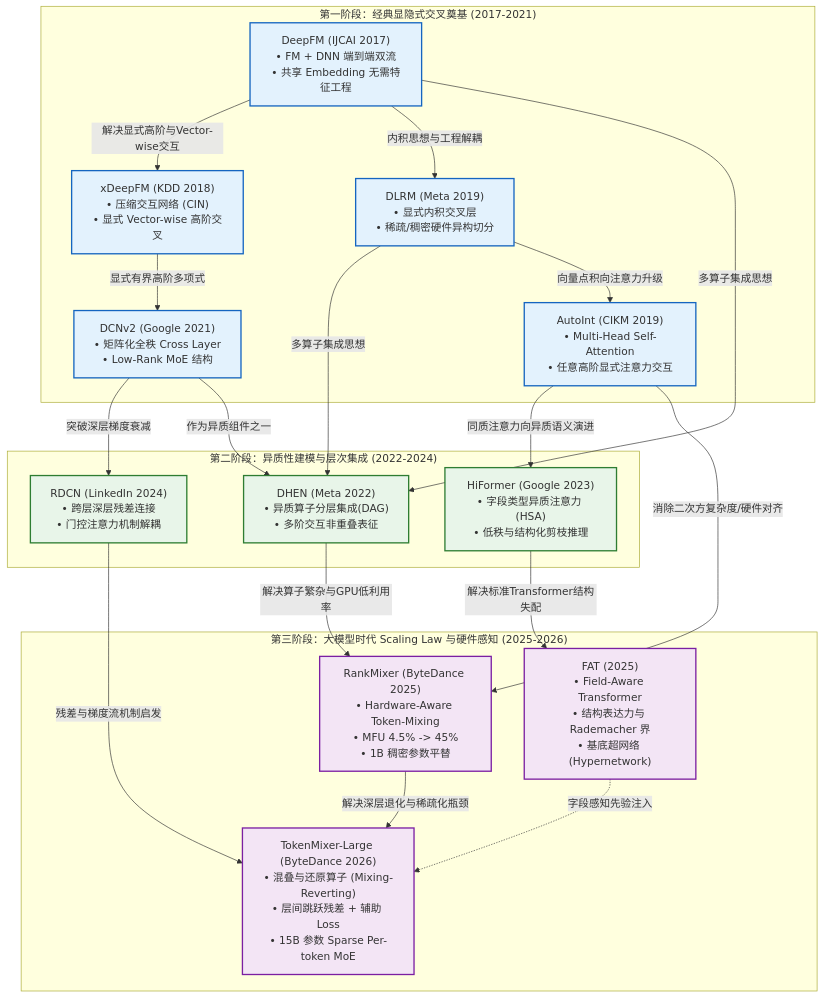
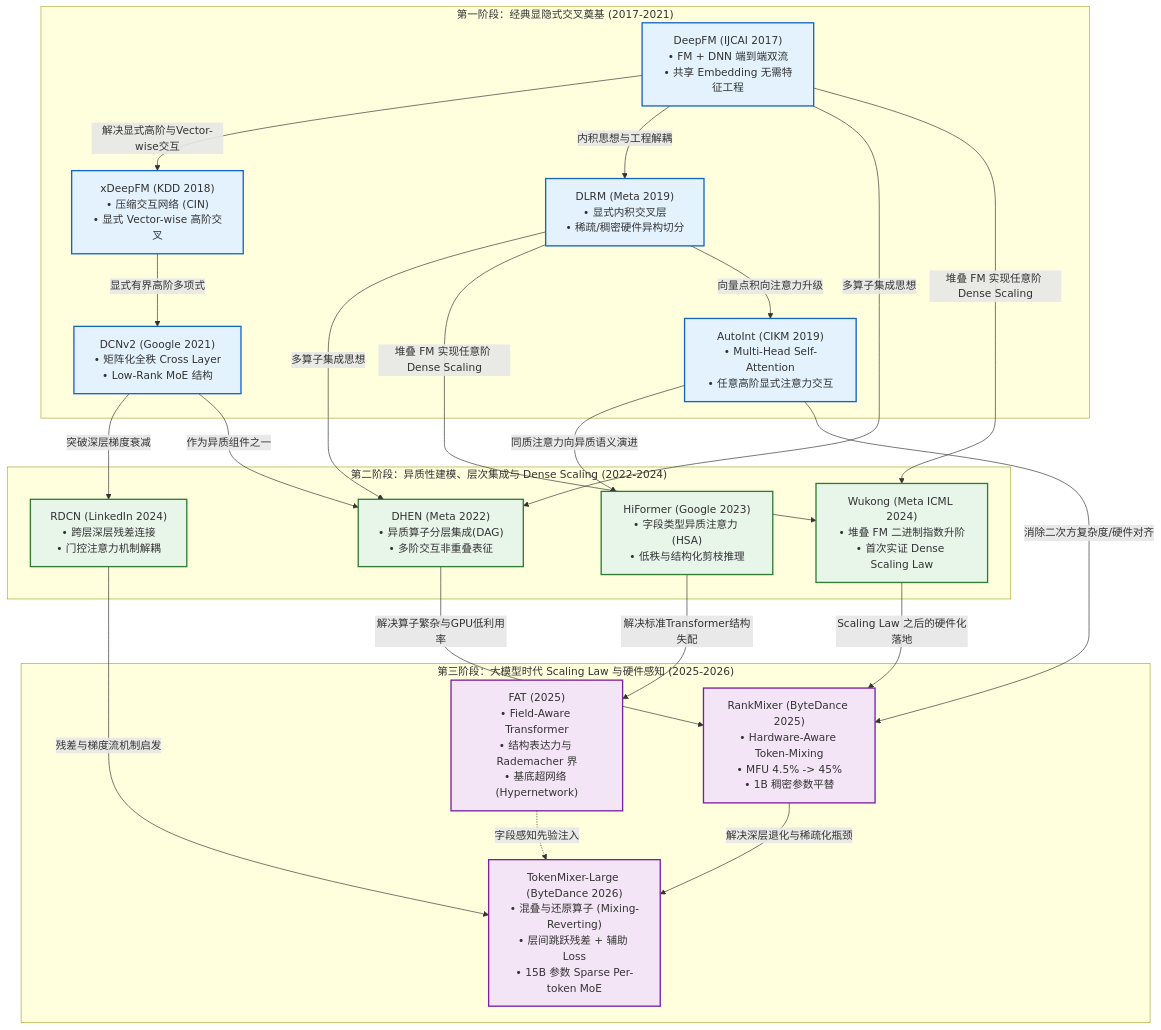
Before and after one commit to AnthonyChouGit/recsys: the first of 14 diagrams in deep_ranking_models_evolution.md, drawn with Mermaid. The commit also changed other lines of this file, not shown here.

Commit message:
docs: update deep ranking models evolution documentation to include Wukong and adjust model comparison sections

````diff
--- a/deep_ranking_models_evolution.md
+++ b/deep_ranking_models_evolution.md
@@ -65,49 +68,52 @@
 ```mermaid
 flowchart TB
     %% 节点定义
     subgraph Era1["第一阶段：经典显隐式交叉奠基 (2017-2021)"]
         DeepFM["DeepFM (IJCAI 2017)<br/>• FM + DNN 端到端双流<br/>• 共享 Embedding 无需特征工程"]
         xDeepFM["xDeepFM (KDD 2018)<br/>• 压缩交互网络 (CIN)<br/>• 显式 Vector-wise 高阶交叉"]
         DLRM["DLRM (Meta 2019)<br/>• 显式内积交叉层<br/>• 稀疏/稠密硬件异构切分"]
         AutoInt["AutoInt (CIKM 2019)<br/>• Multi-Head Self-Attention<br/>• 任意高阶显式注意力交互"]
         DCNv2["DCNv2 (Google 2021)<br/>• 矩阵化全秩 Cross Layer<br/>• Low-Rank MoE 结构"]
     end
 
-    subgraph Era2["第二阶段：异质性建模与层次集成 (2022-2024)"]
+    subgraph Era2["第二阶段：异质性建模、层次集成与 Dense Scaling (2022-2024)"]
         DHEN["DHEN (Meta 2022)<br/>• 异质算子分层集成(DAG)<br/>• 多阶交互非重叠表征"]
         HiFormer["HiFormer (Google 2023)<br/>• 字段类型异质注意力 (HSA)<br/>• 低秩与结构化剪枝推理"]
         RDCN["RDCN (LinkedIn 2024)<br/>• 跨层深层残差连接<br/>• 门控注意力机制解耦"]
+        Wukong["Wukong (Meta ICML 2024)<br/>• 堆叠 FM 二进制指数升阶<br/>• 首次实证 Dense Scaling Law"]
     end
 
     subgraph Era3["第三阶段：大模型时代 Scaling Law 与硬件感知 (2025-2026)"]
         RankMixer["RankMixer (ByteDance 2025)<br/>• Hardware-Aware Token-Mixing<br/>• MFU 4.5% -> 45%<br/>• 1B 稠密参数平替"]
         FAT["FAT (2025)<br/>• Field-Aware Transformer<br/>• 结构表达力与 Rademacher 界<br/>• 基底超网络 (Hypernetwork)"]
         TokenMixer["TokenMixer-Large (ByteDance 2026)<br/>• 混叠与还原算子 (Mixing-Reverting)<br/>• 层间跳跃残差 + 辅助 Loss<br/>• 15B 参数 Sparse Per-token MoE"]
     end
 
     %% 演进流向
     DeepFM -->|解决显式高阶与Vector-wise交互| xDeepFM
     DeepFM -->|内积思想与工程解耦| DLRM
     xDeepFM -->|显式有界高阶多项式| DCNv2
     DeepFM & DLRM -->|多算子集成思想| DHEN
+    DeepFM & DLRM -->|堆叠 FM 实现任意阶 Dense Scaling| Wukong
     DLRM -->|向量点积向注意力升级| AutoInt
     DCNv2 -->|突破深层梯度衰减| RDCN
     DCNv2 -->|作为异质组件之一| DHEN
     
     AutoInt -->|同质注意力向异质语义演进| HiFormer
     AutoInt -->|消除二次方复杂度/硬件对齐| RankMixer
     HiFormer -->|解决标准Transformer结构失配| FAT
     
     DHEN -->|解决算子繁杂与GPU低利用率| RankMixer
+    Wukong -->|Scaling Law 之后的硬件化落地| RankMixer
     RDCN -->|残差与梯度流机制启发| TokenMixer
     RankMixer -->|解决深层退化与稀疏化瓶颈| TokenMixer
     FAT -.->|字段感知先验注入| TokenMixer
 
     classDef era1 fill:#e3f2fd,stroke:#1565c0,stroke-width:2px;
     classDef era2 fill:#e8f5e9,stroke:#2e7d32,stroke-width:2px;
     classDef era3 fill:#f3e5f5,stroke:#7b1fa2,stroke-width:2px;
 
     class DeepFM,xDeepFM,DLRM,AutoInt,DCNv2 era1;
-    class DHEN,HiFormer,RDCN era2;
+    class DHEN,HiFormer,RDCN,Wukong era2;
     class RankMixer,FAT,TokenMixer era3;
 ```
````
